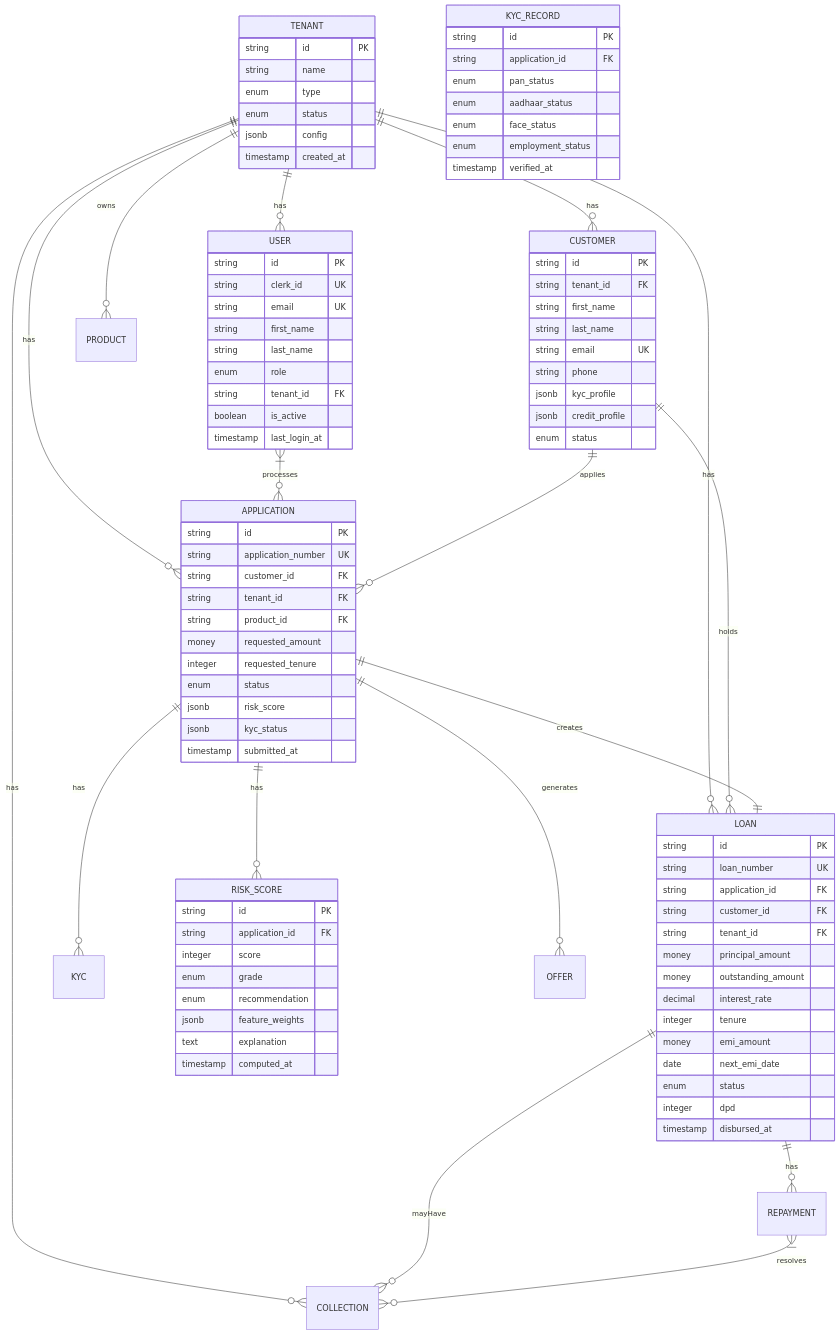
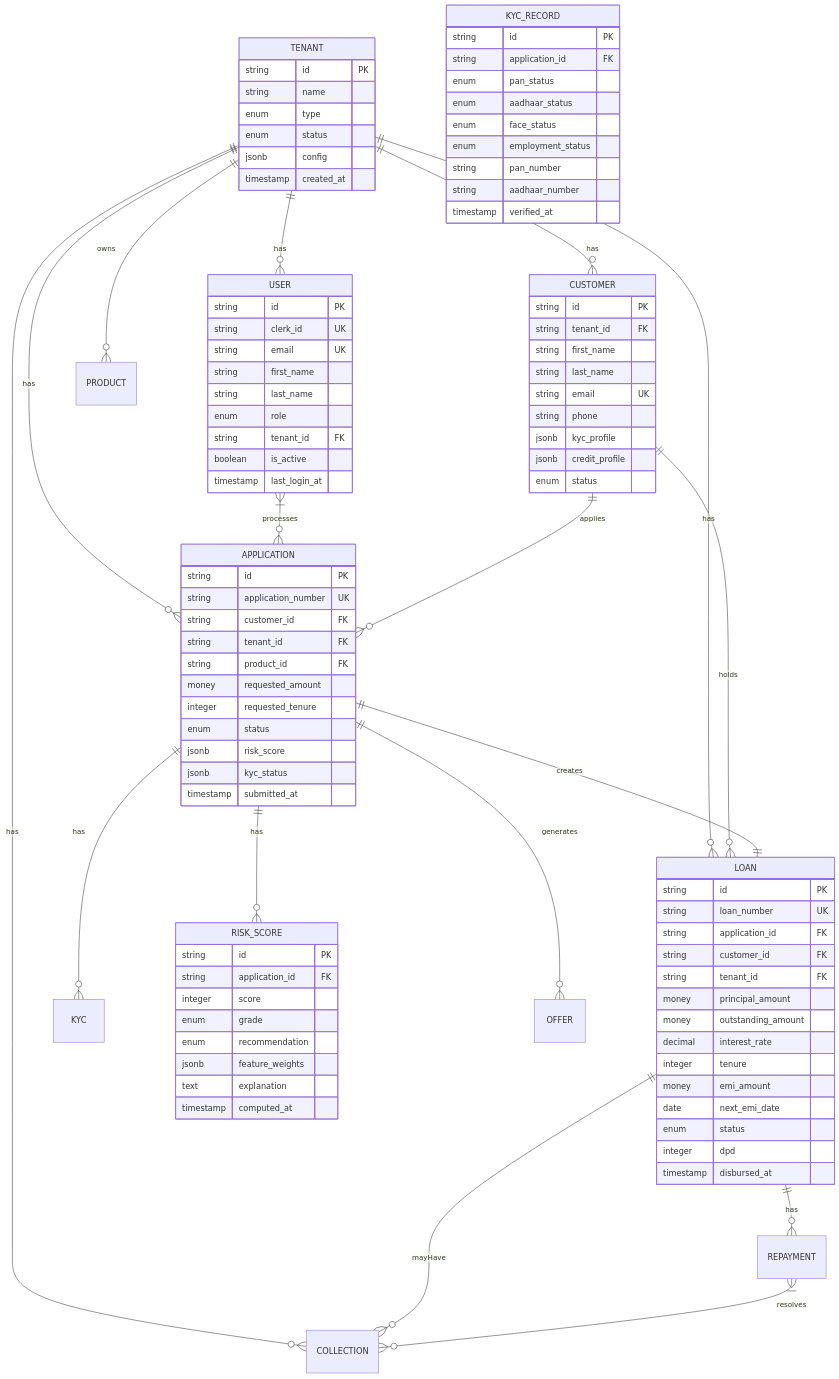
The seventh of 14 diagrams in README.md (chahalbaljinder/LenderOS), drawn with Mermaid before and after one commit. The commit also changed other lines of this file, not shown here.

First line of the commit message:
docs: fix security architecture diagram and remove roadmap from README

```diff
--- a/README.md
+++ b/README.md
@@ -701,6 +700,8 @@
         enum aadhaar_status
         enum face_status
         enum employment_status
+        string pan_number
+        string aadhaar_number
         timestamp verified_at
     }
 
```
